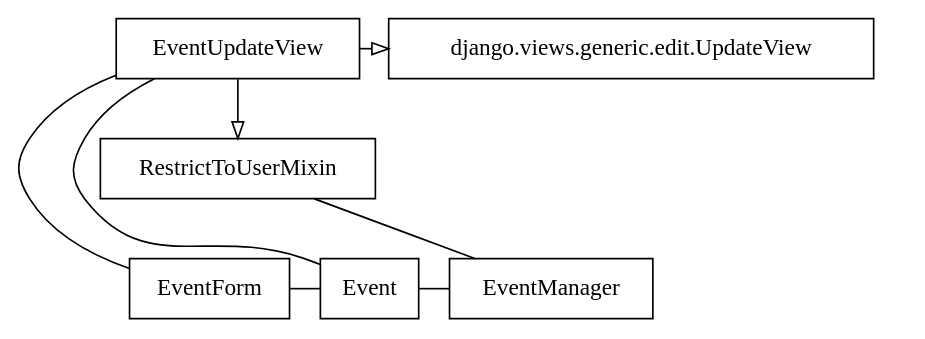
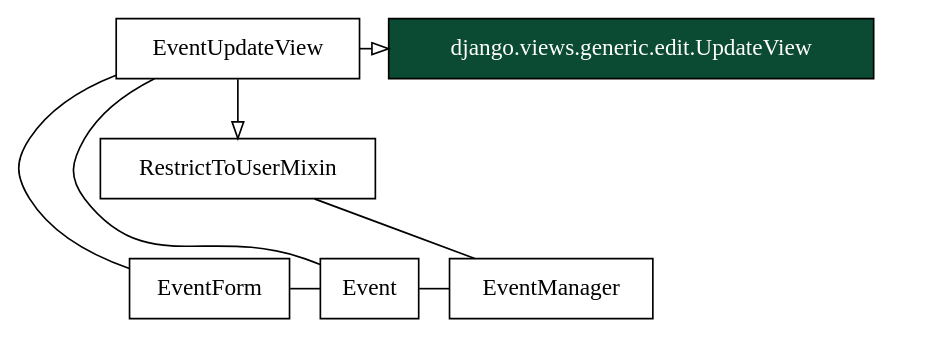
Before and after one commit to Mischback/django-calingen: the diagram in docs/source/includes/event_crud.dot, drawn with Graphviz. The commit also changed 1 other file, not shown here.

Commit message:
Apply color to Django components in graphviz

```diff
--- a/docs/source/includes/event_crud.dot
+++ b/docs/source/includes/event_crud.dot
@@ -1,62 +1,66 @@
   digraph event_crud {
     node [
       shape="rect",
     ]
 
     "calingen.models.event.Event" [
       label="Event",
     ];
     "calingen.models.event.EventForm" [
       label="EventForm",
     ];
     "calingen.models.event.EventManager" [
       label="EventManager",
     ]
 
     "calingen.views.event.EventUpdateView" [
       label="EventUpdateView",
     ];
 
     "calingen.views.mixins.RestrictToUserMixin" [
       label="RestrictToUserMixin",
     ];
 
-    "django.views.generic.edit.UpdateView";
+    "django.views.generic.edit.UpdateView" [
+      fontcolor="#FFFFFF",
+      fillcolor="#0C4B33",
+      style="filled",
+    ];
 
     node[shape=none, width=0, height=0, label=""];
     hierarchy_1 -> hierarchy_2 -> hierarchy_3 [style="invis"];
 
     {
       rank="same";
       hierarchy_1;
       "calingen.views.event.EventUpdateView";
       "django.views.generic.edit.UpdateView";
     }
     {
       rank="same";
       hierarchy_2;
 
     }
     {
       rank="same";
       hierarchy_3;
       "calingen.models.event.EventForm" -> "calingen.models.event.Event" -> "calingen.models.event.EventManager" [arrowhead="none"]
     }
 
     edge [
       arrowhead="none",
       weight=0,
     ]
     // "calingen.models.event.EventForm" -> "calingen.models.event.Event";
     "calingen.views.event.EventUpdateView" -> "calingen.models.event.Event";
     "calingen.views.event.EventUpdateView" -> "calingen.models.event.EventForm";
     "calingen.views.mixins.RestrictToUserMixin" -> "calingen.models.event.EventManager";
 
     edge [
       arrowhead="empty",
       weight=1,
     ]
     "calingen.views.event.EventUpdateView" -> "calingen.views.mixins.RestrictToUserMixin";
     "calingen.views.event.EventUpdateView" -> "django.views.generic.edit.UpdateView";
 
   }
```
